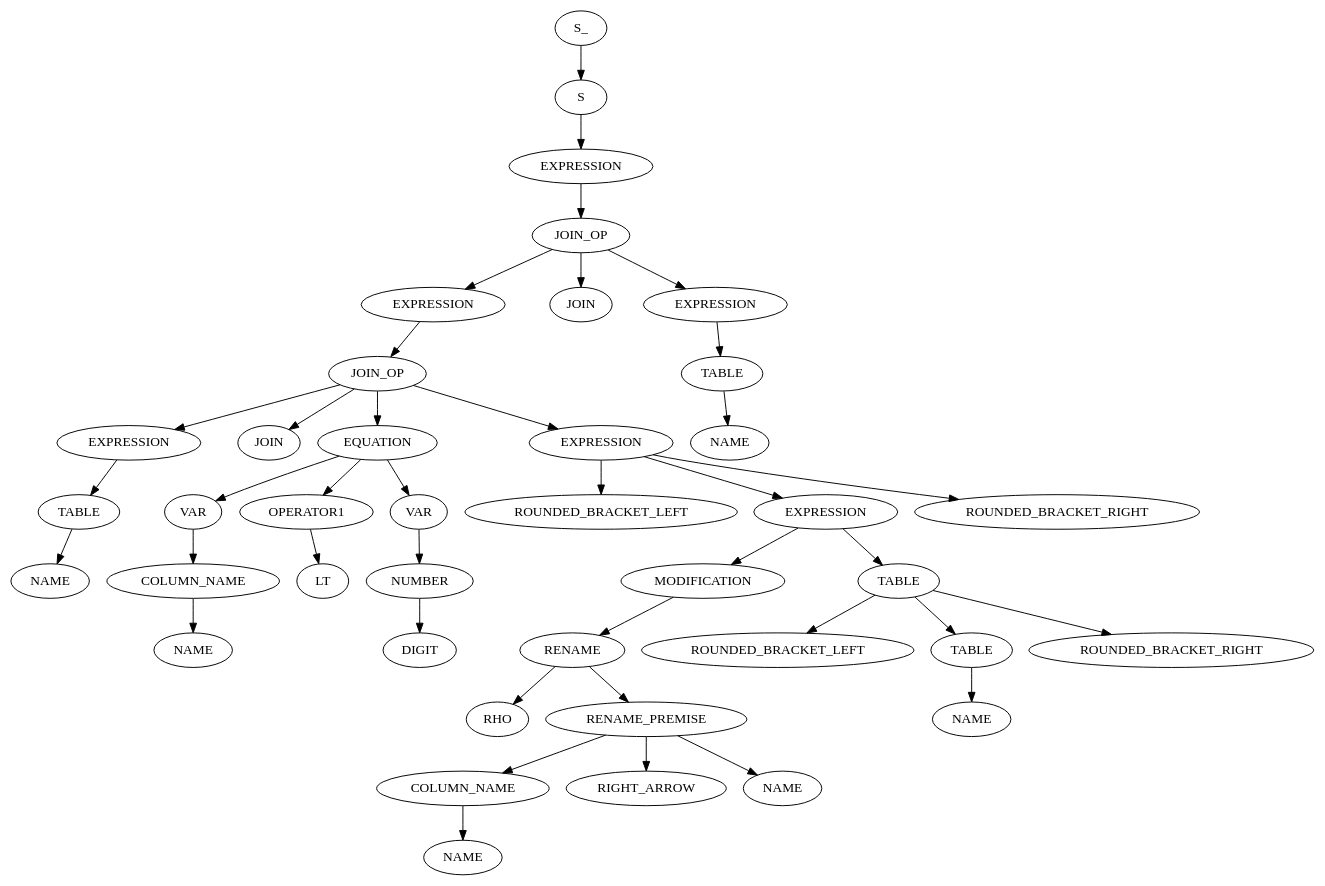
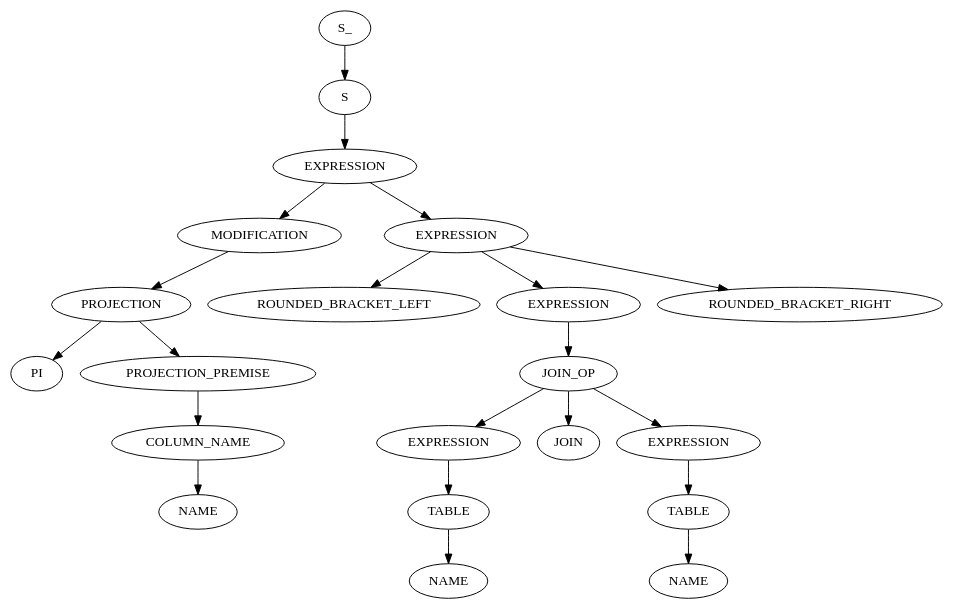
One commit to RobbeNooyens/RATSQL changed the diagram in output/out.dot. Above: the diagram before and after it, drawn with Graphviz. The commit also changed 3 other files, not shown here.

```diff
--- a/output/out.dot
+++ b/output/out.dot
@@ -1,81 +1,43 @@
 digraph ParseTree {
   0 [label="S_"];
   0 -> 1
   1 [label="S"];
   1 -> 2
   2 [label="EXPRESSION"];
   2 -> 3
-  3 [label="JOIN_OP"];
+  3 [label="MODIFICATION"];
   3 -> 4
-  4 [label="EXPRESSION"];
+  4 [label="PROJECTION"];
   4 -> 5
-  5 [label="JOIN_OP"];
-  5 -> 6
-  6 [label="EXPRESSION"];
+  5 [label="PI"];
+  4 -> 6
+  6 [label="PROJECTION_PREMISE"];
   6 -> 7
-  7 [label="TABLE"];
+  7 [label="COLUMN_NAME"];
   7 -> 8
   8 [label="NAME"];
-  5 -> 9
-  9 [label="JOIN"];
-  5 -> 10
-  10 [label="EQUATION"];
-  10 -> 11
-  11 [label="VAR"];
+  2 -> 9
+  9 [label="EXPRESSION"];
+  9 -> 10
+  10 [label="ROUNDED_BRACKET_LEFT"];
+  9 -> 11
+  11 [label="EXPRESSION"];
   11 -> 12
-  12 [label="COLUMN_NAME"];
+  12 [label="JOIN_OP"];
   12 -> 13
-  13 [label="NAME"];
-  10 -> 14
-  14 [label="OPERATOR1"];
+  13 [label="EXPRESSION"];
+  13 -> 14
+  14 [label="TABLE"];
   14 -> 15
-  15 [label="LT"];
-  10 -> 16
-  16 [label="VAR"];
-  16 -> 17
-  17 [label="NUMBER"];
+  15 [label="NAME"];
+  12 -> 16
+  16 [label="JOIN"];
+  12 -> 17
+  17 [label="EXPRESSION"];
   17 -> 18
-  18 [label="DIGIT"];
-  5 -> 19
-  19 [label="EXPRESSION"];
-  19 -> 20
-  20 [label="ROUNDED_BRACKET_LEFT"];
-  19 -> 21
-  21 [label="EXPRESSION"];
-  21 -> 22
-  22 [label="MODIFICATION"];
-  22 -> 23
-  23 [label="RENAME"];
-  23 -> 24
-  24 [label="RHO"];
-  23 -> 25
-  25 [label="RENAME_PREMISE"];
-  25 -> 26
-  26 [label="COLUMN_NAME"];
-  26 -> 27
-  27 [label="NAME"];
-  25 -> 28
-  28 [label="RIGHT_ARROW"];
-  25 -> 29
-  29 [label="NAME"];
-  21 -> 30
-  30 [label="TABLE"];
-  30 -> 31
-  31 [label="ROUNDED_BRACKET_LEFT"];
-  30 -> 32
-  32 [label="TABLE"];
-  32 -> 33
-  33 [label="NAME"];
-  30 -> 34
-  34 [label="ROUNDED_BRACKET_RIGHT"];
-  19 -> 35
-  35 [label="ROUNDED_BRACKET_RIGHT"];
-  3 -> 36
-  36 [label="JOIN"];
-  3 -> 37
-  37 [label="EXPRESSION"];
-  37 -> 38
-  38 [label="TABLE"];
-  38 -> 39
-  39 [label="NAME"];
+  18 [label="TABLE"];
+  18 -> 19
+  19 [label="NAME"];
+  9 -> 20
+  20 [label="ROUNDED_BRACKET_RIGHT"];
 }
```
